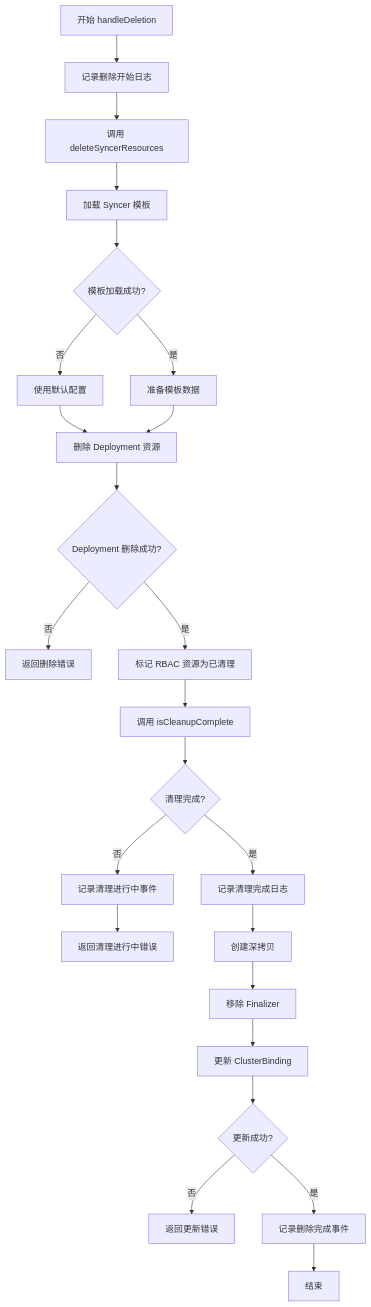
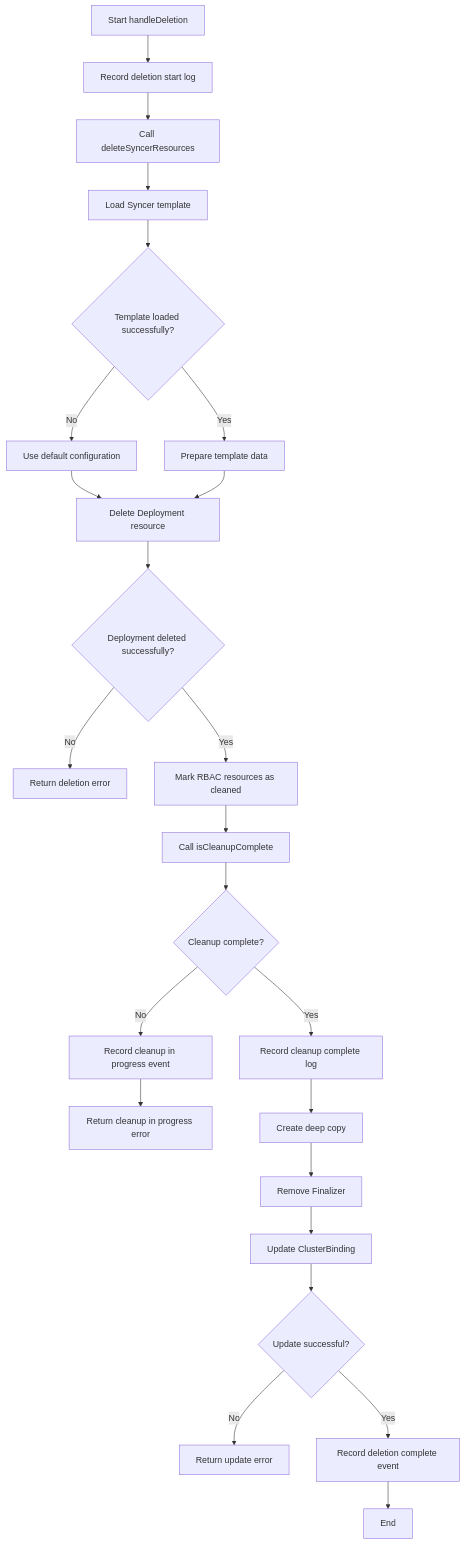
One commit to gocrane/kubeocean changed the third of 3 diagrams in docs/design/manager.md. Above: the diagram before and after it, drawn with Mermaid. The commit also changed other lines of this file and 16 other files, not shown here.

````diff
--- a/docs/design/manager.md
+++ b/docs/design/manager.md
@@ -116,26 +116,26 @@
 ```mermaid
 flowchart TD
-    A[开始 handleDeletion] --> B[记录删除开始日志]
-    B --> C[调用 deleteSyncerResources]
-    C --> D[加载 Syncer 模板]
-    D --> E{模板加载成功?}
-    E -->|否| F[使用默认配置]
-    E -->|是| G[准备模板数据]
-    F --> H[删除 Deployment 资源]
+    A[Start handleDeletion] --> B[Record deletion start log]
+    B --> C[Call deleteSyncerResources]
+    C --> D[Load Syncer template]
+    D --> E{Template loaded successfully?}
+    E -->|No| F[Use default configuration]
+    E -->|Yes| G[Prepare template data]
+    F --> H[Delete Deployment resource]
     G --> H
-    H --> I{Deployment 删除成功?}
-    I -->|否| J[返回删除错误]
-    I -->|是| K[标记 RBAC 资源为已清理]
-    K --> L[调用 isCleanupComplete]
-    L --> M{清理完成?}
-    M -->|否| N[记录清理进行中事件]
-    N --> O[返回清理进行中错误]
-    M -->|是| P[记录清理完成日志]
-    P --> Q[创建深拷贝]
-    Q --> R[移除 Finalizer]
-    R --> S[更新 ClusterBinding]
-    S --> T{更新成功?}
-    T -->|否| U[返回更新错误]
-    T -->|是| V[记录删除完成事件]
-    V --> W[结束]
+    H --> I{Deployment deleted successfully?}
+    I -->|No| J[Return deletion error]
+    I -->|Yes| K[Mark RBAC resources as cleaned]
+    K --> L[Call isCleanupComplete]
+    L --> M{Cleanup complete?}
+    M -->|No| N[Record cleanup in progress event]
+    N --> O[Return cleanup in progress error]
+    M -->|Yes| P[Record cleanup complete log]
+    P --> Q[Create deep copy]
+    Q --> R[Remove Finalizer]
+    R --> S[Update ClusterBinding]
+    S --> T{Update successful?}
+    T -->|No| U[Return update error]
+    T -->|Yes| V[Record deletion complete event]
+    V --> W[End]
 ```
````
